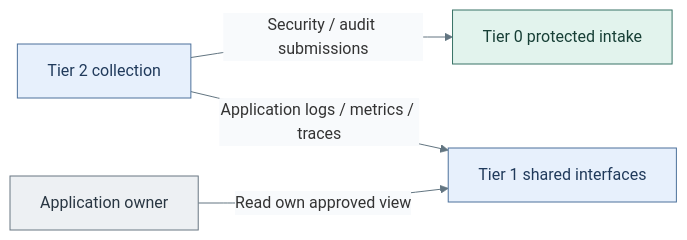
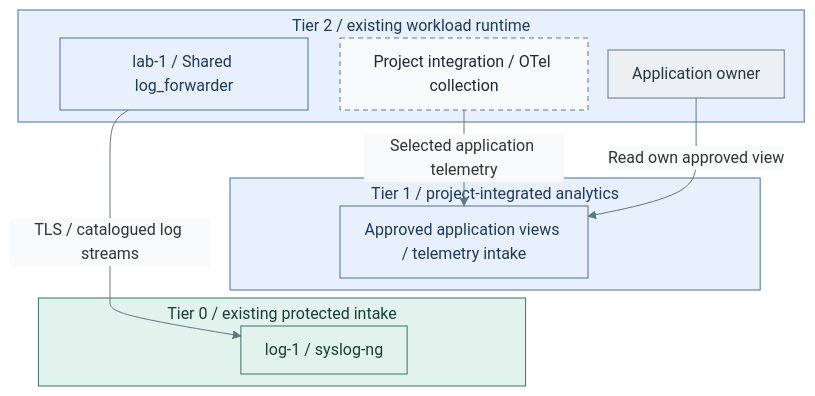
The second of 3 diagrams in docs/deployment/stage-6-workloads/telemetry.md (Rexus/homelab), drawn with Mermaid before and after one commit. The commit also changed other lines of this file and 60 other files, not shown here.

Commit message:
docs(diagrams): align architecture and deployment views with IaC

````diff
--- a/docs/deployment/stage-6-workloads/telemetry.md
+++ b/docs/deployment/stage-6-workloads/telemetry.md
@@ -40,14 +59,28 @@
 ```mermaid
-%%{init: {"theme":"base","themeVariables":{"lineColor":"#627581","edgeLabelBackground":"#f8fafc"}}}%%
-flowchart LR
-  Collect["Tier 2 collection"] -->|Security / audit submissions| Evidence["Tier 0 protected intake"]
-  Collect -->|Application logs / metrics / traces| Analytics["Tier 1 shared interfaces"]
-  Owner["Application owner"] -->|Read own approved view| Analytics
+%%{init: {"theme":"base","flowchart":{"nodeSpacing":20,"rankSpacing":24,"padding":12,"subGraphTitleMargin":{"top":4,"bottom":12}},"themeVariables":{"lineColor":"#627581","edgeLabelBackground":"#f8fafc"}}}%%
+flowchart TB
+  subgraph T2["Tier 2 / existing workload runtime"]
+    Collect["lab-1 / Shared log_forwarder"]
+    OTel["Project integration / OTel collection"]
+    Owner["Application owner"]
+  end
+  subgraph T1["Tier 1 / project-integrated analytics"]
+    Analytics["Approved application views / telemetry intake"]
+  end
+  subgraph T0["Tier 0 / existing protected intake"]
+    Evidence["log-1 / syslog-ng"]
+  end
+  Collect -->|TLS / catalogued log streams| Evidence
+  OTel -->|Selected application telemetry| Analytics
+  Owner -->|Read own approved view| Analytics
+  T2 ~~~ T1 ~~~ T0
   classDef default fill:#f8fafc,stroke:#64748b,color:#1f2937
   classDef services fill:#e7f0fc,stroke:#4d719b,color:#203a5b
   classDef control fill:#e2f3ed,stroke:#397366,color:#173f36
   classDef actor fill:#edf0f3,stroke:#697682,color:#293642
-  class Collect,Analytics services
-  class Evidence control
+  classDef replicas fill:#f8fafc,stroke:#64748b,color:#1f2937,stroke-dasharray:5 4
+  class T2,T1,Collect,Analytics services
+  class T0,Evidence control
+  class OTel replicas
   class Owner actor
 ```
````
